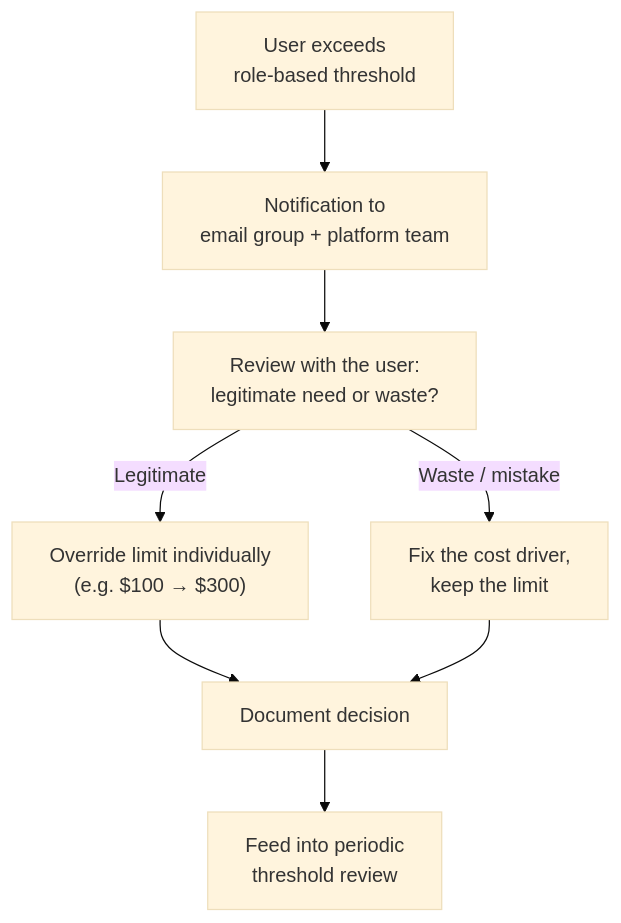
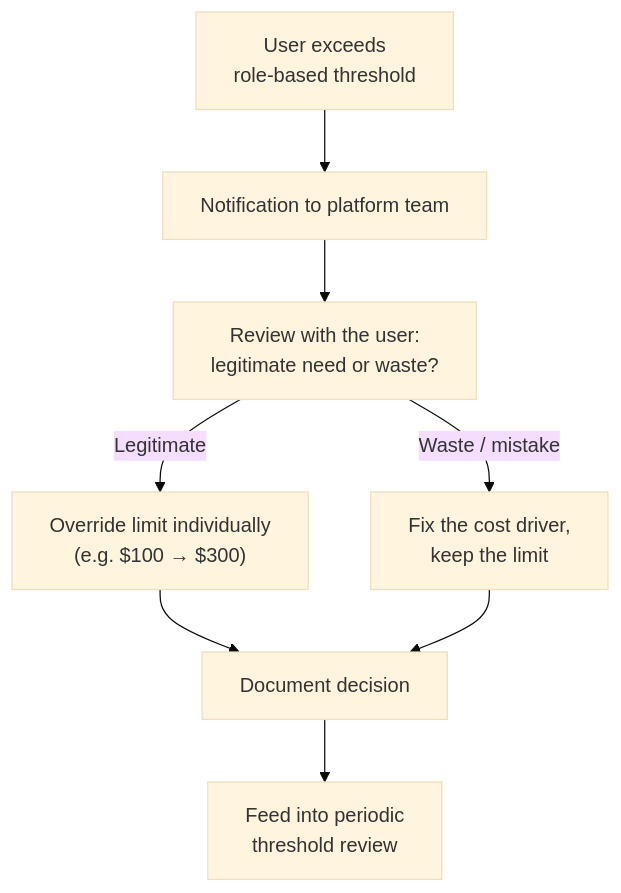
Before and after one commit to ShpendKe/ShpendKe: the diagram in blog/2026-08-15-azure-databricks-cost-control-budget/index.md, drawn with Mermaid (base theme).

Commit message:
correction

````diff
--- a/blog/2026-08-15-azure-databricks-cost-control-budget/index.md
+++ b/blog/2026-08-15-azure-databricks-cost-control-budget/index.md
@@ -58,10 +58,10 @@
 ```mermaid
 flowchart TD
-    U["User exceeds<br/>role-based threshold"] --> N["Notification to<br/>email group + platform team"]
+    U["User exceeds<br/>role-based threshold"] --> N["Notification to platform team"]
     N --> REV["Review with the user:<br/>legitimate need or waste?"]
     REV -- "Legitimate" --> OV["Override limit individually<br/>(e.g. $100 → $300)"]
     REV -- "Waste / mistake" --> FIX["Fix the cost driver,<br/>keep the limit"]
     OV --> DOC["Document decision"]
     FIX --> DOC
     DOC --> TUNE["Feed into periodic<br/>threshold review"]
 ```
````
